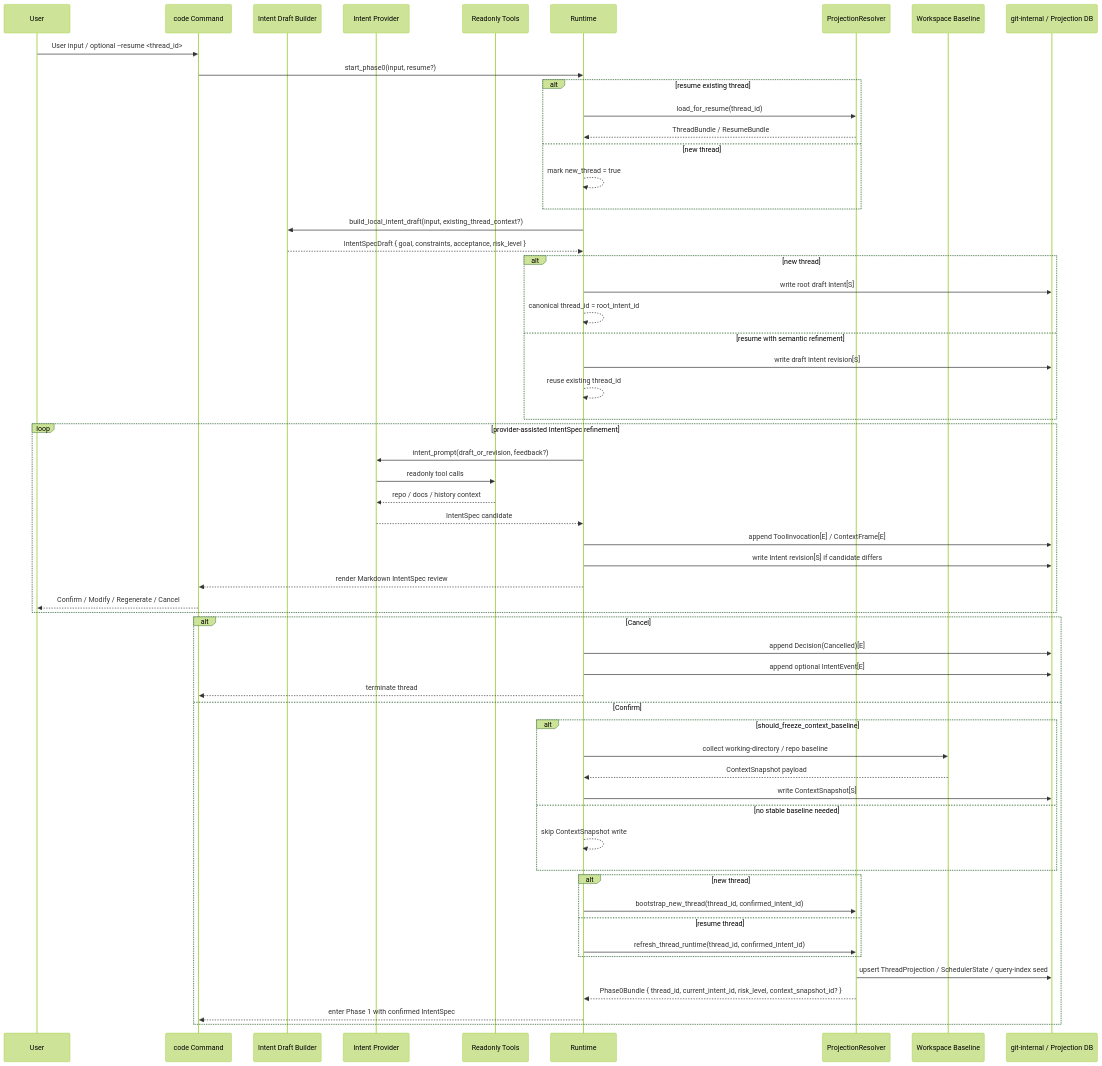
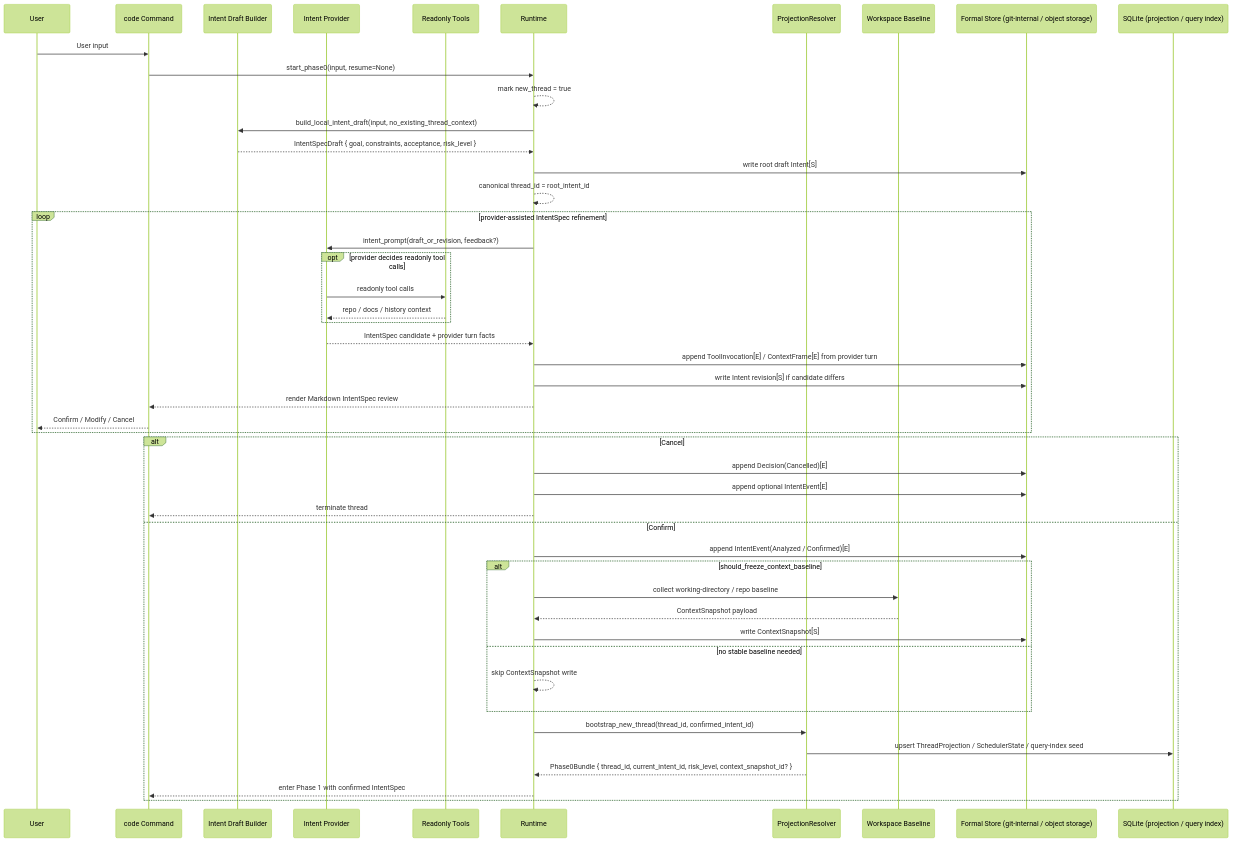
Before and after one commit to web3infra-foundation/libra: the fourth of 13 diagrams in docs/improvement/code.md, drawn with Mermaid (forest theme). The commit also changed other lines of this file and 4 other files, not shown here.

````diff
--- a/docs/improvement/code.md
+++ b/docs/improvement/code.md
@@ -191,67 +287,54 @@
 ```mermaid
 sequenceDiagram
     participant U as User
     participant C as code Command
     participant A as Intent Draft Builder
     participant P as Intent Provider
     participant T as Readonly Tools
     participant R as Runtime
     participant X as ProjectionResolver
     participant W as Workspace Baseline
-    participant O as git-internal / Projection DB
+    participant F as Formal Store (git-internal / object storage)
+    participant Q as SQLite (projection / query index)
 
-    U->>C: User input / optional --resume <thread_id>
-    C->>R: start_phase0(input, resume?)
-
-    alt resume existing thread
-        R->>X: load_for_resume(thread_id)
-        X-->>R: ThreadBundle / ResumeBundle
-    else new thread
-        R-->>R: mark new_thread = true
-    end
-
-    R->>A: build_local_intent_draft(input, existing_thread_context?)
+    U->>C: User input
+    C->>R: start_phase0(input, resume=None)
+    R-->>R: mark new_thread = true
+    R->>A: build_local_intent_draft(input, no_existing_thread_context)
     A-->>R: IntentSpecDraft { goal, constraints, acceptance, risk_level }
-
-    alt new thread
-        R->>O: write root draft Intent[S]
-        R-->>R: canonical thread_id = root_intent_id
-    else resume with semantic refinement
-        R->>O: write draft Intent revision[S]
-        R-->>R: reuse existing thread_id
-    end
+    R->>F: write root draft Intent[S]
+    R-->>R: canonical thread_id = root_intent_id
 
     loop provider-assisted IntentSpec refinement
         R->>P: intent_prompt(draft_or_revision, feedback?)
-        P->>T: readonly tool calls
-        T-->>P: repo / docs / history context
-        P-->>R: IntentSpec candidate
-        R->>O: append ToolInvocation[E] / ContextFrame[E]
-        R->>O: write Intent revision[S] if candidate differs
+        opt provider decides readonly tool calls
+            P->>T: readonly tool calls
+            T-->>P: repo / docs / history context
+        end
+        P-->>R: IntentSpec candidate + provider turn facts
+        R->>F: append ToolInvocation[E] / ContextFrame[E] from provider turn
+        R->>F: write Intent revision[S] if candidate differs
         R-->>C: render Markdown IntentSpec review
-        C-->>U: Confirm / Modify / Regenerate / Cancel
+        C-->>U: Confirm / Modify / Cancel
     end
 
     alt Cancel
-        R->>O: append Decision(Cancelled)[E]
-        R->>O: append optional IntentEvent[E]
+        R->>F: append Decision(Cancelled)[E]
+        R->>F: append optional IntentEvent[E]
         R-->>C: terminate thread
     else Confirm
+        R->>F: append IntentEvent(Analyzed / Confirmed)[E]
         alt should_freeze_context_baseline
             R->>W: collect working-directory / repo baseline
             W-->>R: ContextSnapshot payload
-            R->>O: write ContextSnapshot[S]
+            R->>F: write ContextSnapshot[S]
         else no stable baseline needed
             R-->>R: skip ContextSnapshot write
         end
 
-        alt new thread
-            R->>X: bootstrap_new_thread(thread_id, confirmed_intent_id)
-        else resume thread
-            R->>X: refresh_thread_runtime(thread_id, confirmed_intent_id)
-        end
-        X->>O: upsert ThreadProjection / SchedulerState / query-index seed
+        R->>X: bootstrap_new_thread(thread_id, confirmed_intent_id)
+        X->>Q: upsert ThreadProjection / SchedulerState / query-index seed
         X-->>R: Phase0Bundle { thread_id, current_intent_id, risk_level, context_snapshot_id? }
         R-->>C: enter Phase 1 with confirmed IntentSpec
     end
 ```
````
